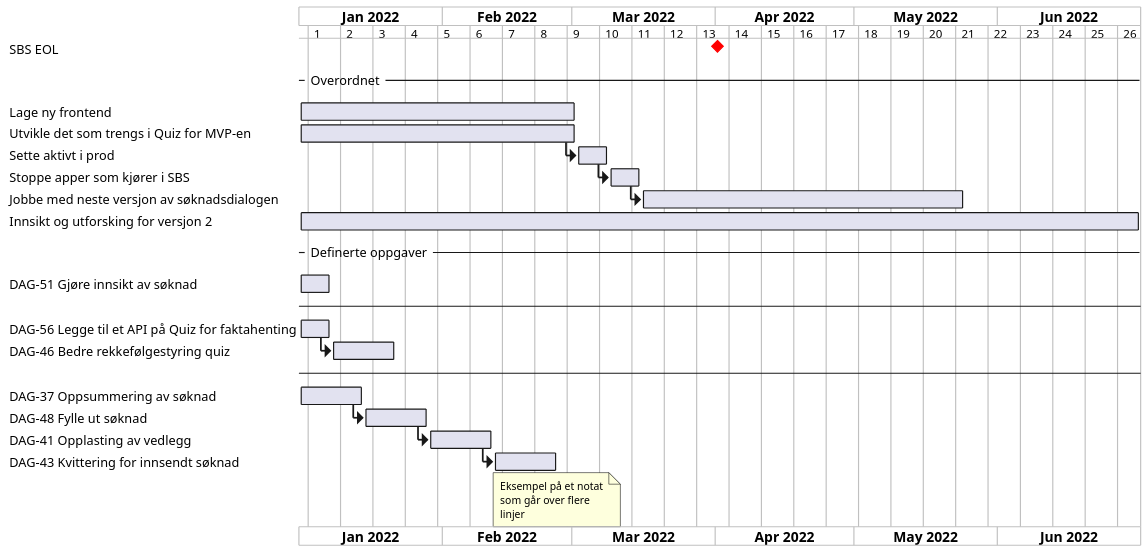
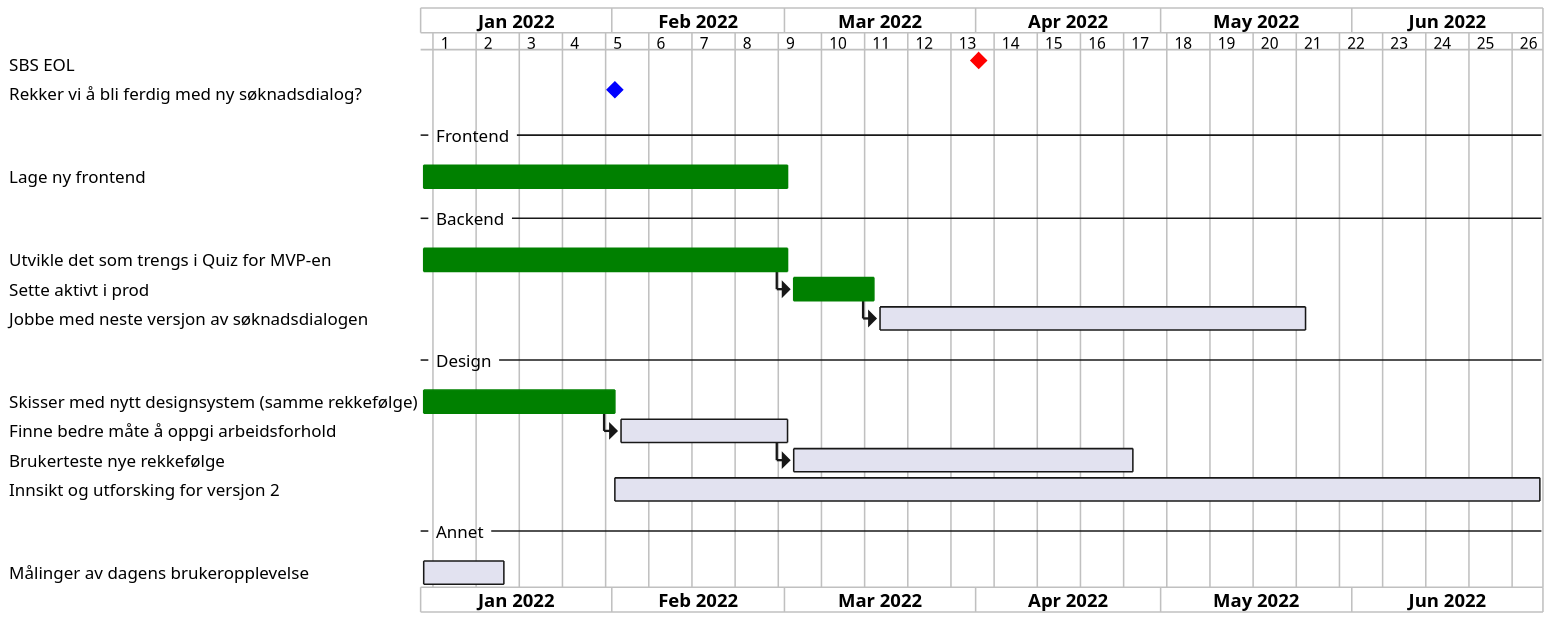
The diagram in docs/framdrift/MVP_ny_soknadsdialog.puml (navikt/dagpenger), drawn with PlantUML before and after one commit.

Commit message:
Gjort ferdig førsteutkastet av framdriftsplanen.

```diff
--- a/docs/framdrift/MVP_ny_soknadsdialog.puml
+++ b/docs/framdrift/MVP_ny_soknadsdialog.puml
@@ -1,39 +1,28 @@
 @startgantt
-skinparam dpi 150
+skinparam dpi 200
 ganttscale weekly
 Labels on first column
 
 Project starts 2022-01-01
 
 [SBS EOL] happens 2022-04-01 and is colored in Red
+[Rekker vi å bli ferdig med ny søknadsdialog?] happens 2022-02-01 and is colored in Blue
 
--- Overordnet --
-[Lage ny frontend] starts 2022-01-01 and ends 2022-03-01
-[Utvikle det som trengs i Quiz for MVP-en] starts 2022-01-01 and ends 2022-03-01
-then [Sette aktivt i prod] lasts 1 week
-then [Stoppe apper som kjører i SBS] lasts 1 week
+-- Frontend --
+[Lage ny frontend] starts 2022-01-01 and ends 2022-03-01 and is colored in Green
+
+-- Backend --
+[Utvikle det som trengs i Quiz for MVP-en] starts 2022-01-01 and ends 2022-03-01 and is colored in Green
+then [Sette aktivt i prod] lasts 2 week and is colored in Green
 then [Jobbe med neste versjon av søknadsdialogen] lasts 10 week
-[Innsikt og utforsking for versjon 2] starts 2022-01-01 and ends 2022-07-01
 
--- Definerte oppgaver --
-[DAG-51 Gjøre innsikt av søknad] lasts 1 week
+-- Design --
+[Skisser med nytt designsystem (samme rekkefølge)] starts 2022-01-01 and ends 2022-02-01 and is colored in Green
+then [Finne bedre måte å oppgi arbeidsforhold] lasts 4 weeks
+then [Brukerteste nye rekkefølge] lasts 8 weeks
+[Innsikt og utforsking for versjon 2] starts 2022-02-01 and ends 2022-07-01
 
---
-
-[DAG-56 Legge til et API på Quiz for faktahenting] lasts 1 week
-then [DAG-46 Bedre rekkefølgestyring quiz] lasts 2 week
-
---
-
-[DAG-37 Oppsummering av søknad] lasts 2 weeks
-[DAG-37 Oppsummering av søknad] links to [[https://jira.adeo.no/browse/DAG-37]]
-then [DAG-48 Fylle ut søknad] lasts 2 weeks
-then [DAG-41 Opplasting av vedlegg] lasts 2 weeks
-then [DAG-43 Kvittering for innsendt søknad] lasts 2 weeks
-note bottom
-Eksempel på et notat
-som går over flere
-linjer
-end note
+-- Annet --
+[Målinger av dagens brukeropplevelse] lasts 2 weeks
 
 @endgantt
```
